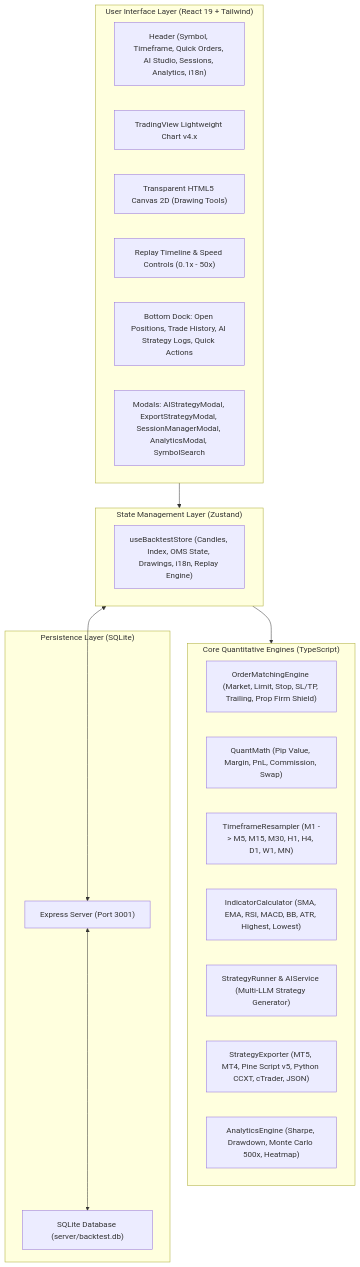
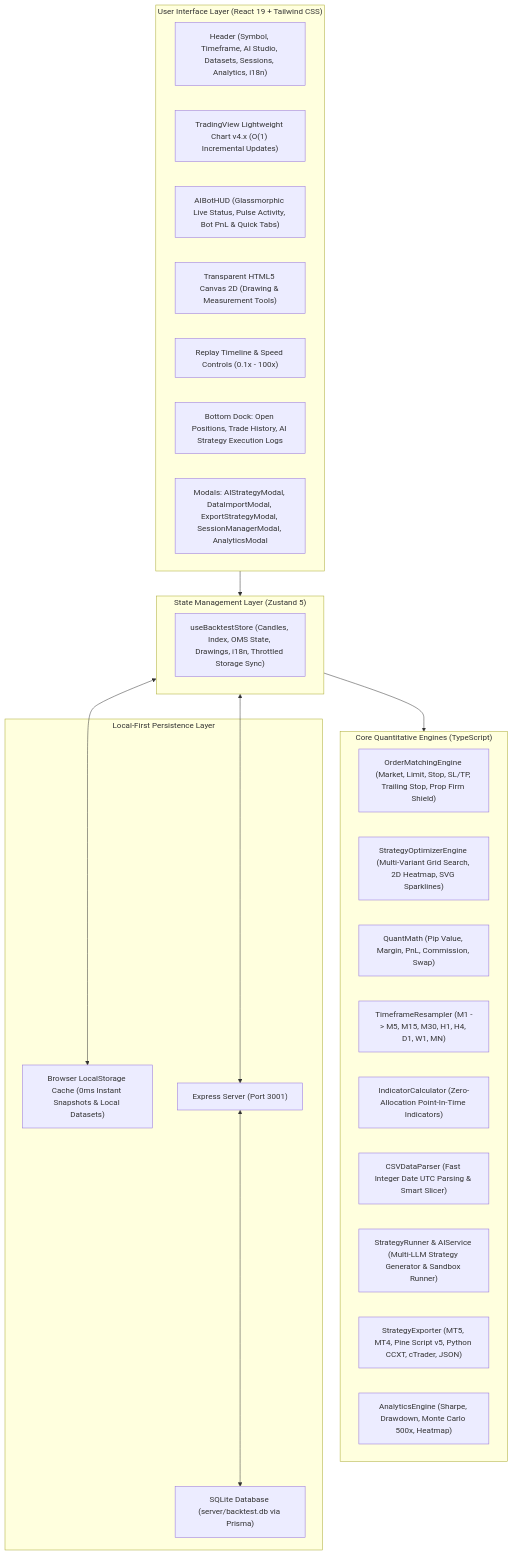
One commit to thieucong98/quant-backtest-pro changed the diagram in docs/ARCHITECTURE.md. Above: the diagram before and after it, drawn with Mermaid. The commit also changed other lines of this file and 23 other files, not shown here.

First line of the commit message:
feat: AI Strategy Optimizer, 60fps Replay Engine & Data Import Manager 2.0 (#2)

````diff
--- a/docs/ARCHITECTURE.md
+++ b/docs/ARCHITECTURE.md
@@ -28,35 +30,40 @@
 ```mermaid
 graph TB
-    subgraph UI_LAYER["User Interface Layer (React 19 + Tailwind)"]
-        Header["Header (Symbol, Timeframe, Quick Orders, AI Studio, Sessions, Analytics, i18n)"]
-        Chart["TradingView Lightweight Chart v4.x"]
-        CanvasOverlay["Transparent HTML5 Canvas 2D (Drawing Tools)"]
-        ReplayBar["Replay Timeline & Speed Controls (0.1x - 50x)"]
-        PositionsTable["Bottom Dock: Open Positions, Trade History, AI Strategy Logs, Quick Actions"]
-        Modals["Modals: AIStrategyModal, ExportStrategyModal, SessionManagerModal, AnalyticsModal, SymbolSearch"]
+    subgraph UI_LAYER["User Interface Layer (React 19 + Tailwind CSS)"]
+        Header["Header (Symbol, Timeframe, AI Studio, Datasets, Sessions, Analytics, i18n)"]
+        Chart["TradingView Lightweight Chart v4.x (O(1) Incremental Updates)"]
+        FloatingHUD["AIBotHUD (Glassmorphic Live Status, Pulse Activity, Bot PnL & Quick Tabs)"]
+        CanvasOverlay["Transparent HTML5 Canvas 2D (Drawing & Measurement Tools)"]
+        ReplayBar["Replay Timeline & Speed Controls (0.1x - 100x)"]
+        PositionsTable["Bottom Dock: Open Positions, Trade History, AI Strategy Execution Logs"]
+        Modals["Modals: AIStrategyModal, DataImportModal, ExportStrategyModal, SessionManagerModal, AnalyticsModal"]
     end
 
-    subgraph STATE_LAYER["State Management Layer (Zustand)"]
-        BacktestStore["useBacktestStore (Candles, Index, OMS State, Drawings, i18n, Replay Engine)"]
+    subgraph STATE_LAYER["State Management Layer (Zustand 5)"]
+        BacktestStore["useBacktestStore (Candles, Index, OMS State, Drawings, i18n, Throttled Storage Sync)"]
     end
 
     subgraph ENGINE_LAYER["Core Quantitative Engines (TypeScript)"]
-        MatchingEngine["OrderMatchingEngine (Market, Limit, Stop, SL/TP, Trailing, Prop Firm Shield)"]
+        MatchingEngine["OrderMatchingEngine (Market, Limit, Stop, SL/TP, Trailing Stop, Prop Firm Shield)"]
+        OptimizerEngine["StrategyOptimizerEngine (Multi-Variant Grid Search, 2D Heatmap, SVG Sparklines)"]
         QuantMath["QuantMath (Pip Value, Margin, PnL, Commission, Swap)"]
         Resampler["TimeframeResampler (M1 -> M5, M15, M30, H1, H4, D1, W1, MN)"]
-        IndicatorEngine["IndicatorCalculator (SMA, EMA, RSI, MACD, BB, ATR, Highest, Lowest)"]
-        AISandbox["StrategyRunner & AIService (Multi-LLM Strategy Generator)"]
+        IndicatorEngine["IndicatorCalculator (Zero-Allocation Point-In-Time Indicators)"]
+        CSVParser["CSVDataParser (Fast Integer Date UTC Parsing & Smart Slicer)"]
+        AISandbox["StrategyRunner & AIService (Multi-LLM Strategy Generator & Sandbox Runner)"]
         ExporterEngine["StrategyExporter (MT5, MT4, Pine Script v5, Python CCXT, cTrader, JSON)"]
         AnalyticsEngine["AnalyticsEngine (Sharpe, Drawdown, Monte Carlo 500x, Heatmap)"]
     end
 
-    subgraph STORAGE_LAYER["Persistence Layer (SQLite)"]
+    subgraph STORAGE_LAYER["Local-First Persistence Layer"]
+        LocalCache["Browser LocalStorage Cache (0ms Instant Snapshots & Local Datasets)"]
         BackendServer["Express Server (Port 3001)"]
-        SQLiteDB["SQLite Database (server/backtest.db)"]
+        SQLiteDB["SQLite Database (server/backtest.db via Prisma)"]
     end
 
     UI_LAYER --> STATE_LAYER
     STATE_LAYER --> ENGINE_LAYER
+    STATE_LAYER <--> LocalCache
     STATE_LAYER <--> BackendServer
     BackendServer <--> SQLiteDB
 ```
````
